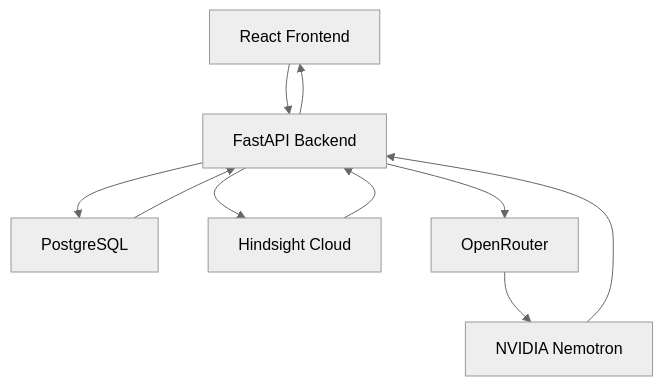
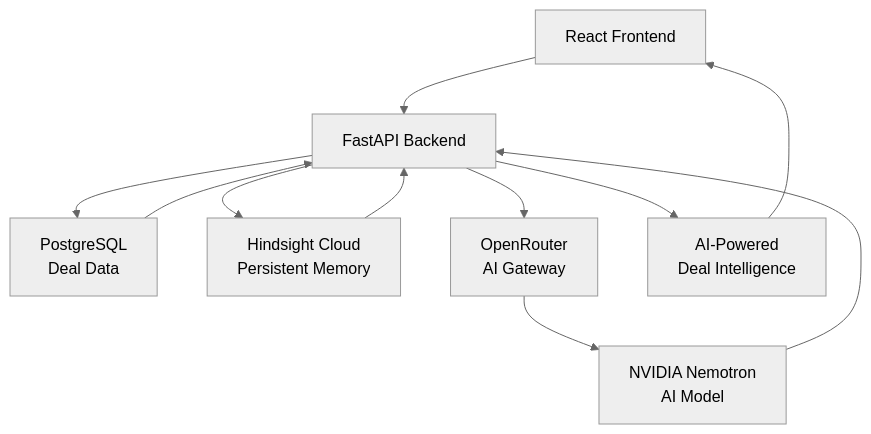
One commit to ShaikLathifAhmad/Triangle changed the diagram in README.md. Above: the diagram before and after it, drawn with Mermaid (neutral theme). The commit also changed other lines of this file, not shown here.

````diff
--- a/README.md
+++ b/README.md
@@ -168,12 +168,13 @@
 ```mermaid
 flowchart TD
     A["React Frontend"] --> B["FastAPI Backend"]
-    B --> C["PostgreSQL"]
-    B --> D["Hindsight Cloud"]
-    B --> E["OpenRouter"]
-    E --> F["NVIDIA Nemotron"]
+    B --> C["PostgreSQL<br/>Deal Data"]
+    B --> D["Hindsight Cloud<br/>Persistent Memory"]
+    B --> E["OpenRouter<br/>AI Gateway"]
+    E --> F["NVIDIA Nemotron<br/>AI Model"]
     C --> B
     D --> B
     F --> B
-    B --> A
+    B --> G["AI-Powered<br/>Deal Intelligence"]
+    G --> A
 ```
````
